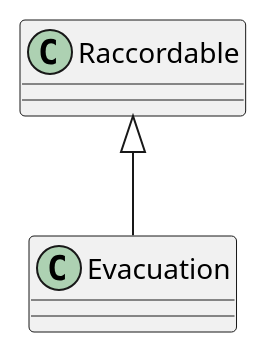
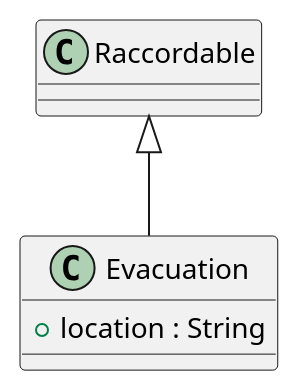
One commit to beerfactory/brewbox-uml changed the diagram in src/class/include/evacuation.iuml. Above: the diagram before and after it, drawn with PlantUML. The commit also changed 7 other files, not shown here.

```diff
--- a/src/class/include/evacuation.iuml
+++ b/src/class/include/evacuation.iuml
@@ -1,5 +1,5 @@
 class Evacuation {
-	
+	+ location : String
 }
 
 Raccordable <|-- Evacuation
```
